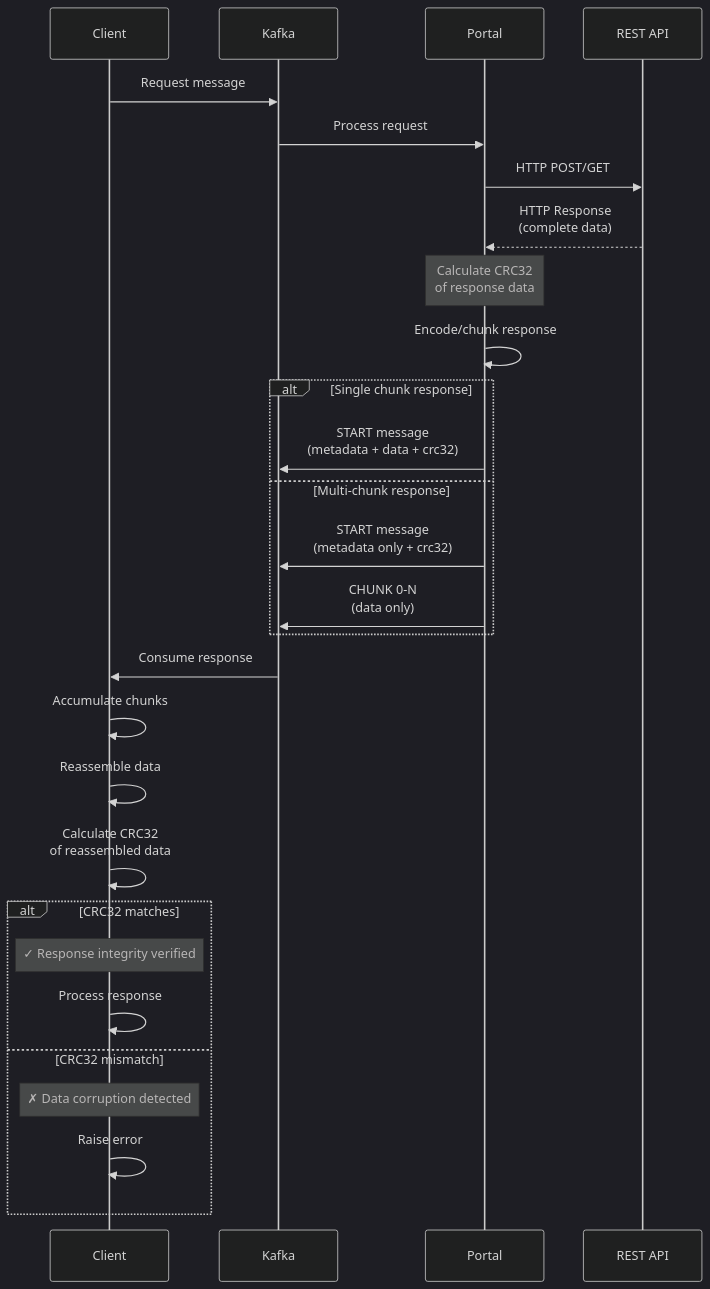
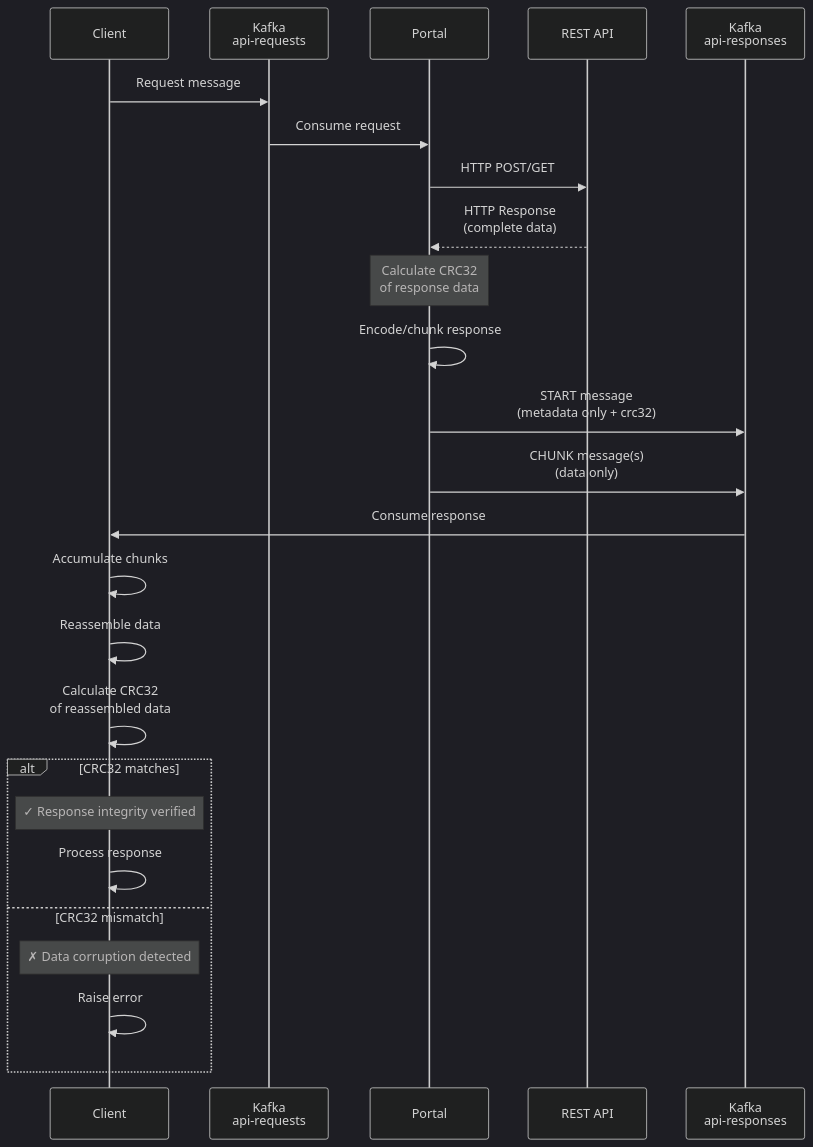
The fourth of 12 diagrams in PROTOCOL.md (oshea00/kafkasend), drawn with Mermaid (dark theme) before and after one commit. The commit also changed other lines of this file and 1 other file, not shown here.

````diff
--- a/PROTOCOL.md
+++ b/PROTOCOL.md
@@ -258,35 +259,31 @@
 ```mermaid
 sequenceDiagram
     participant C as Client
-    participant K as Kafka
+    participant KReq as Kafka<br/>api-requests
     participant P as Portal
     participant A as REST API
+    participant KResp as Kafka<br/>api-responses
 
-    C->>K: Request message
-    K->>P: Process request
+    C->>KReq: Request message
+    KReq->>P: Consume request
     P->>A: HTTP POST/GET
     A-->>P: HTTP Response<br/>(complete data)
 
     Note over P: Calculate CRC32<br/>of response data
     P->>P: Encode/chunk response
+    P->>KResp: START message<br/>(metadata only + crc32)
+    P->>KResp: CHUNK message(s)<br/>(data only)
 
-    alt Single chunk response
-        P->>K: START message<br/>(metadata + data + crc32)
-    else Multi-chunk response
-        P->>K: START message<br/>(metadata only + crc32)
-        P->>K: CHUNK 0-N<br/>(data only)
-    end
-
-    K->>C: Consume response
+    KResp->>C: Consume response
     C->>C: Accumulate chunks
     C->>C: Reassemble data
     C->>C: Calculate CRC32<br/>of reassembled data
 
     alt CRC32 matches
         Note over C: ✓ Response integrity verified
         C->>C: Process response
     else CRC32 mismatch
         Note over C: ✗ Data corruption detected
         C->>C: Raise error
     end
 ```
````
